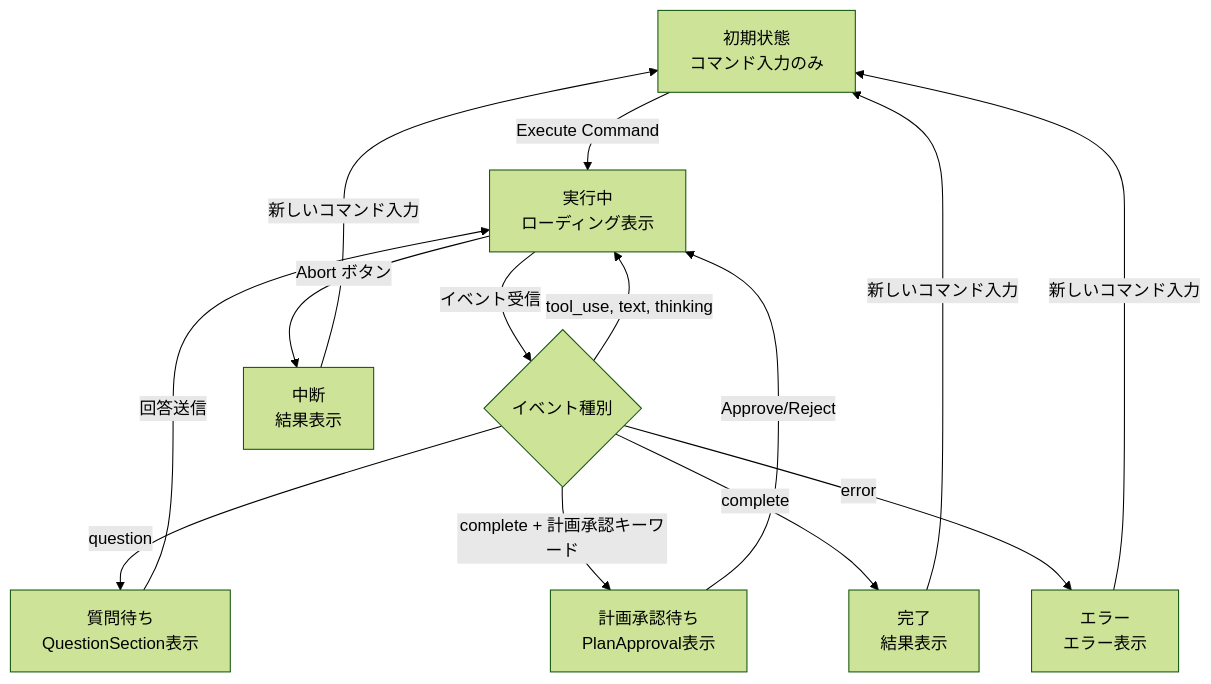
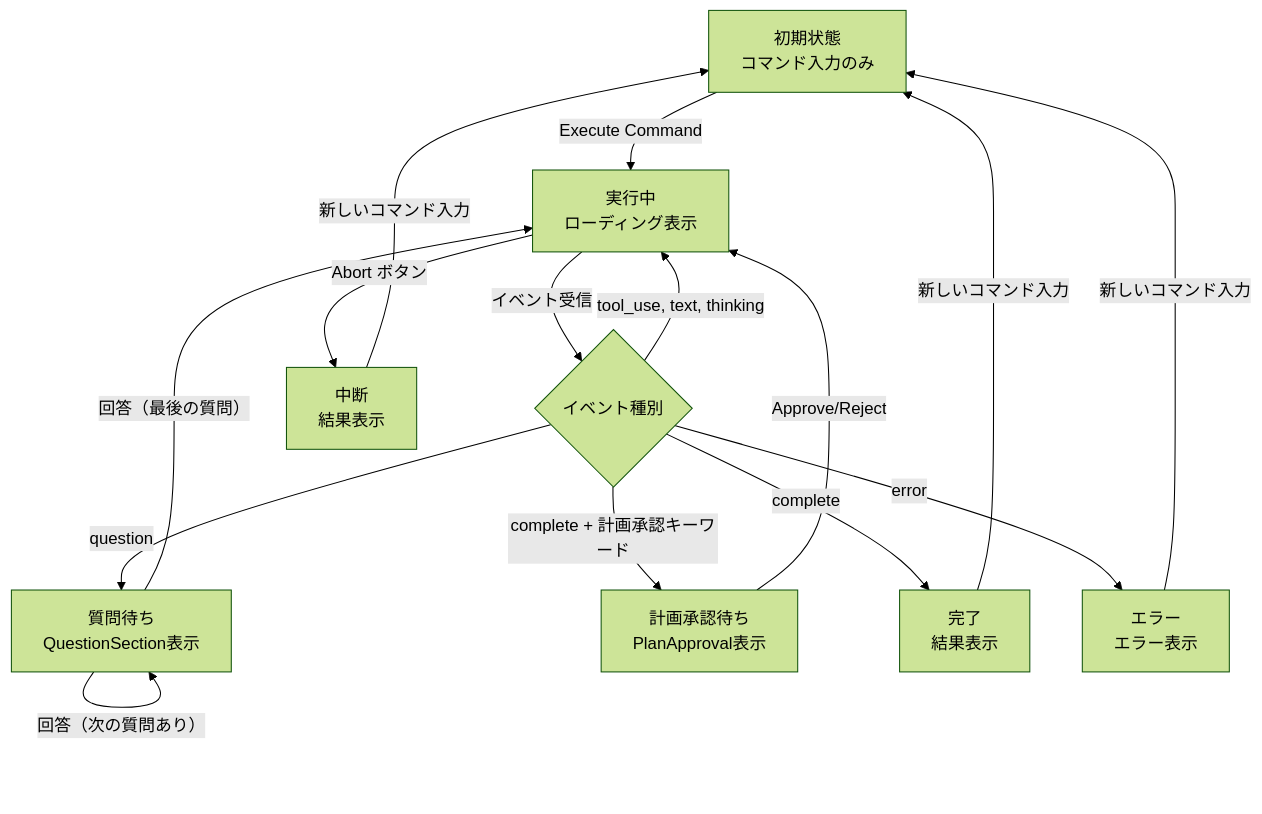
The first of 7 diagrams in frontend/docs/screen-flow.md (nyan-tama/Ghostrunner), drawn with Mermaid (forest theme) before and after one commit. The commit also changed other lines of this file and 5 other files, not shown here.

````diff
--- a/frontend/docs/screen-flow.md
+++ b/frontend/docs/screen-flow.md
@@ -7,16 +7,17 @@
 ```mermaid
 flowchart TD
     A[初期状態<br>コマンド入力のみ] -->|Execute Command| B[実行中<br>ローディング表示]
     B -->|イベント受信| C{イベント種別}
     C -->|tool_use, text, thinking| B
     C -->|question| D[質問待ち<br>QuestionSection表示]
     C -->|complete + 計画承認キーワード| E[計画承認待ち<br>PlanApproval表示]
     C -->|complete| F[完了<br>結果表示]
     C -->|error| G[エラー<br>エラー表示]
     B -->|Abort ボタン| H[中断<br>結果表示]
-    D -->|回答送信| B
+    D -->|回答（次の質問あり）| D
+    D -->|回答（最後の質問）| B
     E -->|Approve/Reject| B
     F -->|新しいコマンド入力| A
     G -->|新しいコマンド入力| A
     H -->|新しいコマンド入力| A
 ```
````
